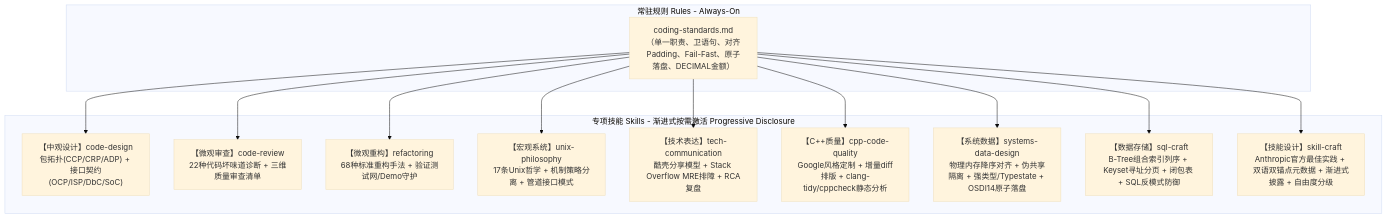
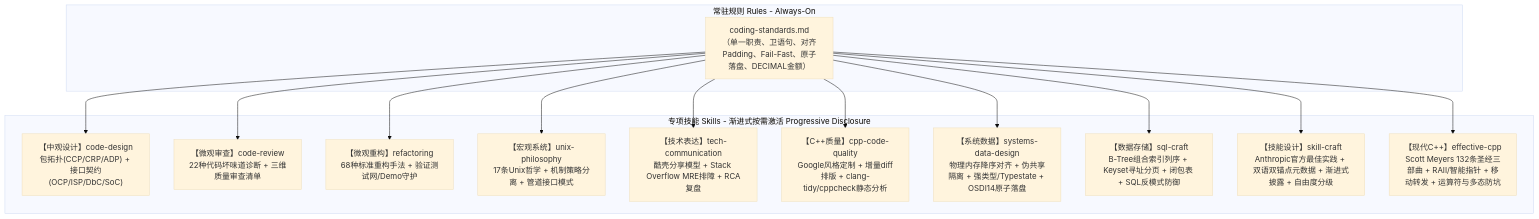
The diagram in README.md (lilucpp/code-craft), drawn with Mermaid (base theme) before and after one commit. The commit also changed other lines of this file and 16 other files, not shown here.

First line of the commit message:
feat(skills): add effective-cpp skill extracting Scott Meyers 132 items trilogy

````diff
--- a/README.md
+++ b/README.md
@@ -27,28 +27,30 @@
 ```mermaid
 flowchart TD
     subgraph 全局约束底线 [常驻规则 Rules - Always-On]
         R["coding-standards.md<br/>（单一职责、卫语句、对齐Padding、Fail-Fast、原子落盘、DECIMAL金额）"]
     end
 
     subgraph 专项技能矩阵 [专项技能 Skills - 渐进式按需激活 Progressive Disclosure]
         S1["【中观设计】code-design<br/>包拓扑(CCP/CRP/ADP) + 接口契约(OCP/ISP/DbC/SoC)"]
         S2["【微观审查】code-review<br/>22种代码坏味道诊断 + 三维质量审查清单"]
         S3["【微观重构】refactoring<br/>68种标准重构手法 + 验证测试网/Demo守护"]
         S4["【宏观系统】unix-philosophy<br/>17条Unix哲学 + 机制策略分离 + 管道接口模式"]
         S5["【技术表达】tech-communication<br/>酷壳分享模型 + Stack Overflow MRE排障 + RCA复盘"]
         S6["【C++质量】cpp-code-quality<br/>Google风格定制 + 增量diff排版 + clang-tidy/cppcheck静态分析"]
         S7["【系统数据】systems-data-design<br/>物理内存降序对齐 + 伪共享隔离 + 强类型/Typestate + OSDI14原子落盘"]
         S8["【数据存储】sql-craft<br/>B-Tree组合索引列序 + Keyset寻址分页 + 闭包表 + SQL反模式防御"]
         S9["【技能设计】skill-craft<br/>Anthropic官方最佳实践 + 双语双锚点元数据 + 渐进式披露 + 自由度分级"]
+        S10["【现代C++】effective-cpp<br/>Scott Meyers 132条圣经三部曲 + RAII/智能指针 + 移动转发 + 运算符与多态防坑"]
     end
 
     R --> S1
     R --> S2
     R --> S3
     R --> S4
     R --> S5
     R --> S6
     R --> S7
     R --> S8
     R --> S9
+    R --> S10
 ```
````
